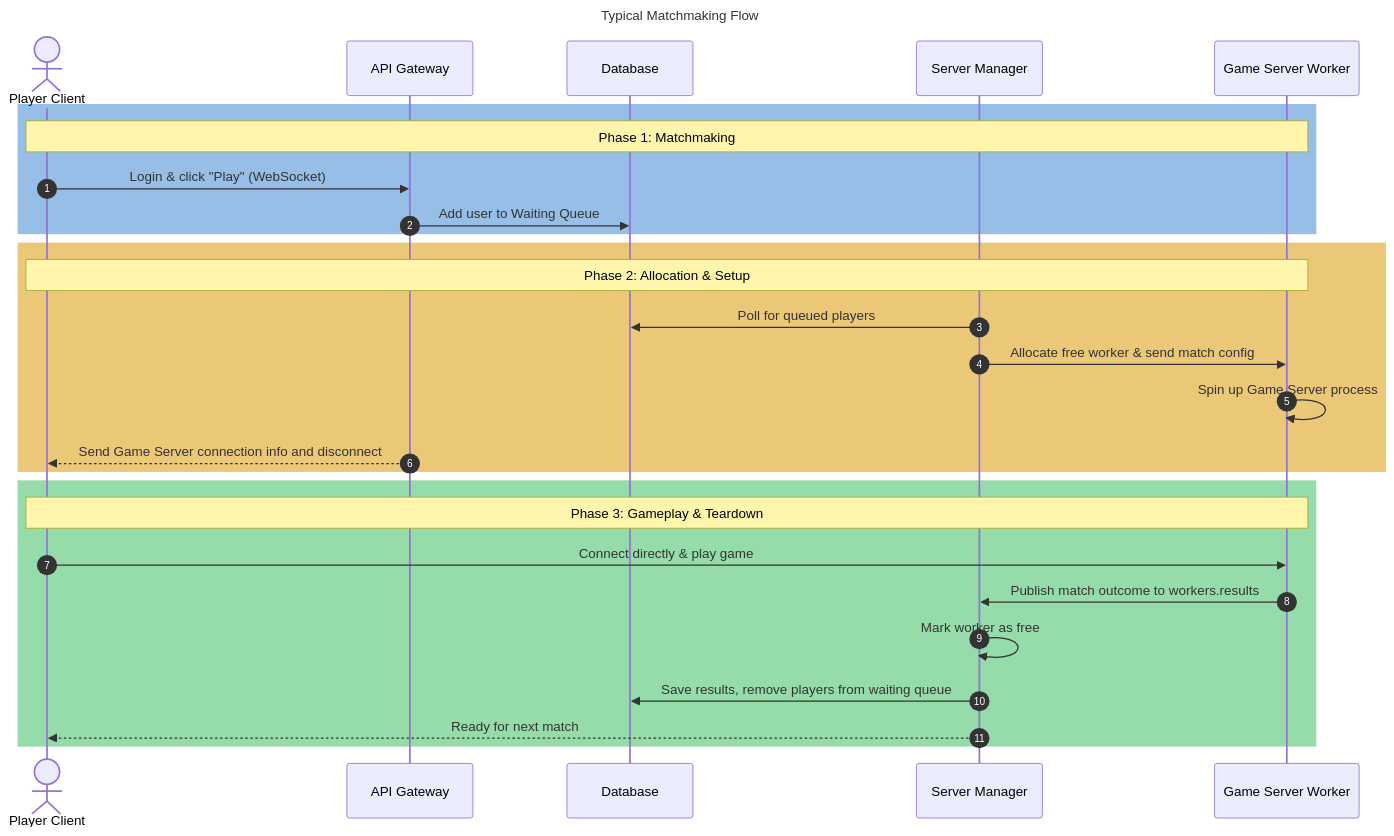
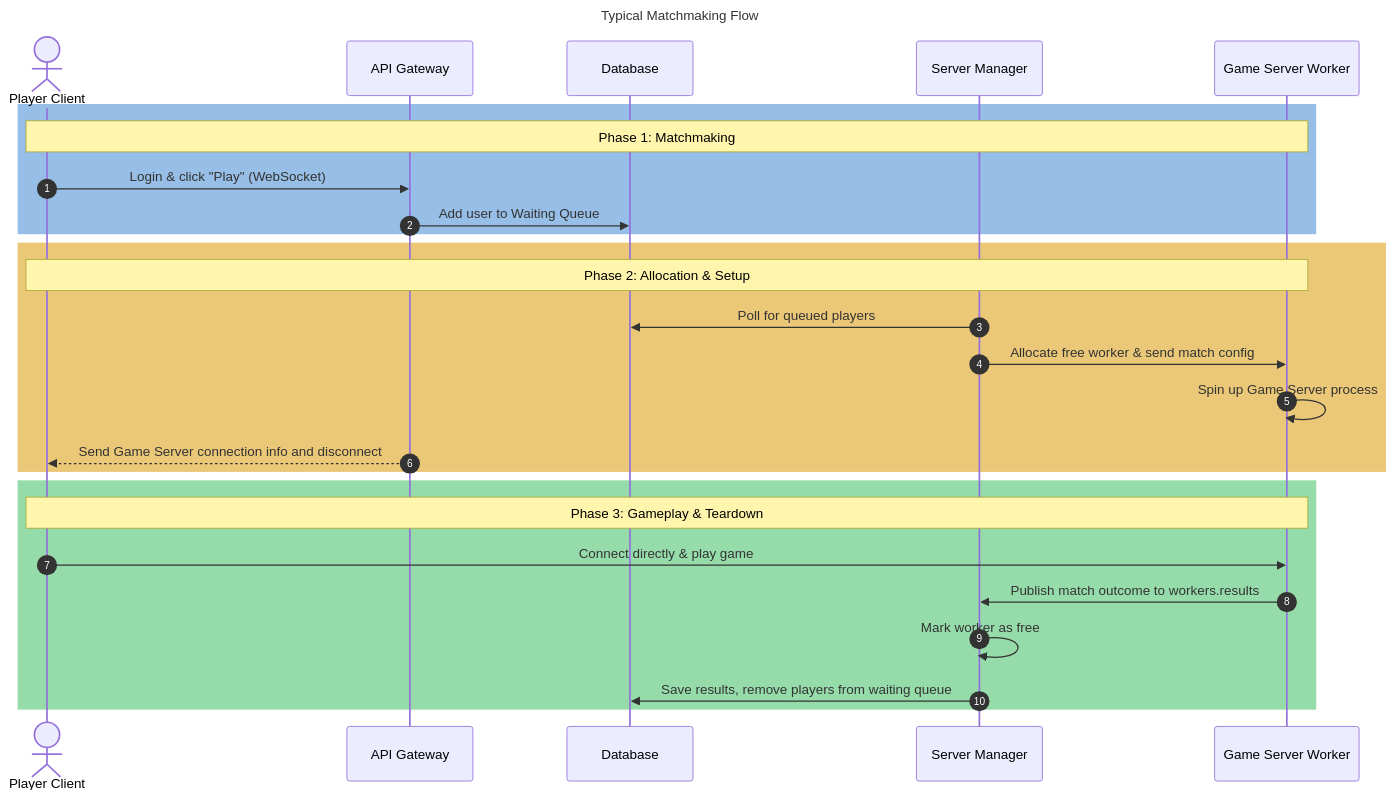
Before and after one commit to Matian37/LobbyLab: the diagram in docs/flow.mmd, drawn with Mermaid. The commit also changed 1 other file, not shown here.

Commit message:
docs(flow.mmd): remove misleading arrow with message

```diff
--- a/docs/flow.mmd
+++ b/docs/flow.mmd
@@ -1,32 +1,31 @@
 ---
 title: Typical Matchmaking Flow
 config:
   theme: light
 ---
 sequenceDiagram
     autonumber
     actor User as Player Client
     participant API as API Gateway
     participant DB as Database
     participant SM as Server Manager
     participant Worker as Game Server Worker
     rect rgb(150, 190, 230)
     Note over User, Worker: Phase 1: Matchmaking
     User->>API: Login & click "Play" (WebSocket)
     API->>DB: Add user to Waiting Queue
     end
     rect rgb(235, 200, 120)
     Note over User, Worker: Phase 2: Allocation & Setup
     SM->>DB: Poll for queued players
     SM->>Worker: Allocate free worker & send match config
     Worker->>Worker: Spin up Game Server process
     API-->>User: Send Game Server connection info and disconnect
     end
     rect rgb(150, 220, 170)
     Note over User, Worker: Phase 3: Gameplay & Teardown
     User->>Worker: Connect directly & play game
     Worker->>SM: Publish match outcome to workers.results
     SM->>SM: Mark worker as free
     SM->>DB: Save results, remove players from waiting queue
-    SM-->>User: Ready for next match
     end
```
